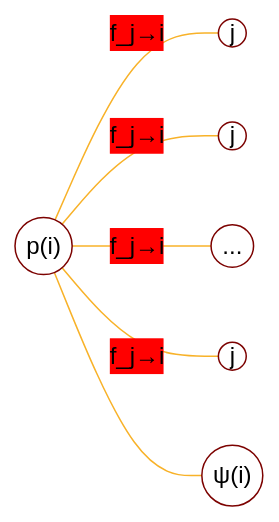
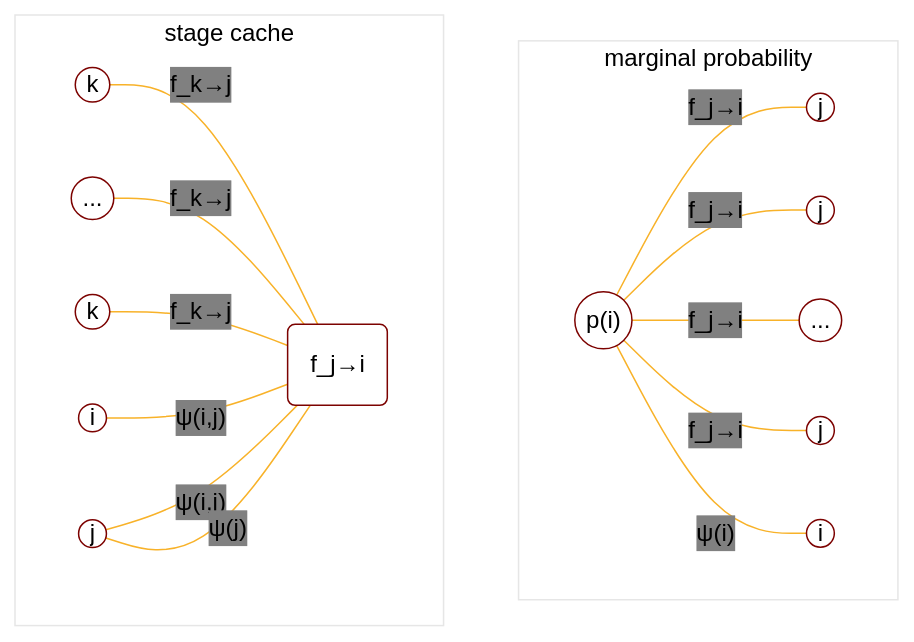
One commit to tirmisula/tirmisula.github.io changed the tenth of 10 diagrams in content/posts/probabilistic-graphical-model.md. Above: the diagram before and after it, drawn with Mermaid. The commit also changed other lines of this file, not shown here.

````diff
--- a/content/posts/probabilistic-graphical-model.md
+++ b/content/posts/probabilistic-graphical-model.md
@@ -792,23 +792,33 @@
 ```mermaid
 %%{
   init: {
     'theme': 'base',
     "htmlLabels": true,
     "securityLevel": "loose",
     'themeVariables': {
       'primaryColor': 'white',
       'primaryTextColor': '#000',
       'primaryBorderColor': '#7C0200',
       'lineColor': '#F8B229',
-      'secondaryColor': 'red',
+      'secondaryColor': 'grey',
       'tertiaryColor': '#fff'
     }
   }
 }%%
-flowchart LR
-    id1(("p(i)")) ---|f_j→i| id2((j))
-    id1(("p(i)")) ---|f_j→i| id3((j))
-    id1(("p(i)")) ---|f_j→i| id4((...))
-    id1(("p(i)")) ---|f_j→i| id5((j))
-    id1(("p(i)")) --- id6(("&psi;(i)"))
+flowchart TB
+    subgraph marginal probability
+      id1(("p(i)")) ---|f_j→i| id2((j))
+      id1(("p(i)")) ---|f_j→i| id3((j))
+      id1(("p(i)")) ---|f_j→i| id4((...))
+      id1(("p(i)")) ---|f_j→i| id5((j))
+      id1(("p(i)")) ---|"&psi;(i)"| id6(("i"))
+    end
+    subgraph stage cache
+      id8((k)) ---|f_k→j| id7(f_j→i)
+      id9((...)) ---|f_k→j| id7(f_j→i)
+      id10((k)) ---|f_k→j| id7(f_j→i)
+      id11(("i")) ---|"&psi;(i,j)"| id7(f_j→i)
+      id12(("j")) ---|"&psi;(i,j)"| id7(f_j→i)
+      id12(("j")) ---|"&psi;(j)"| id7(f_j→i)
+    end
 ```
````
